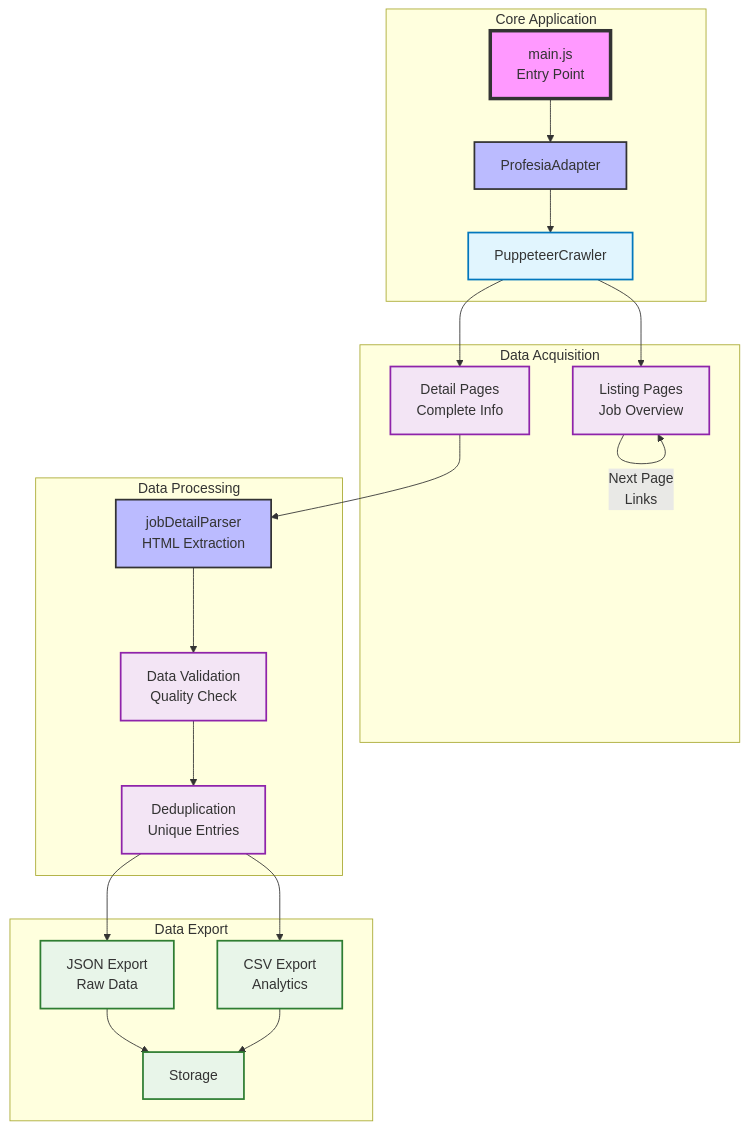
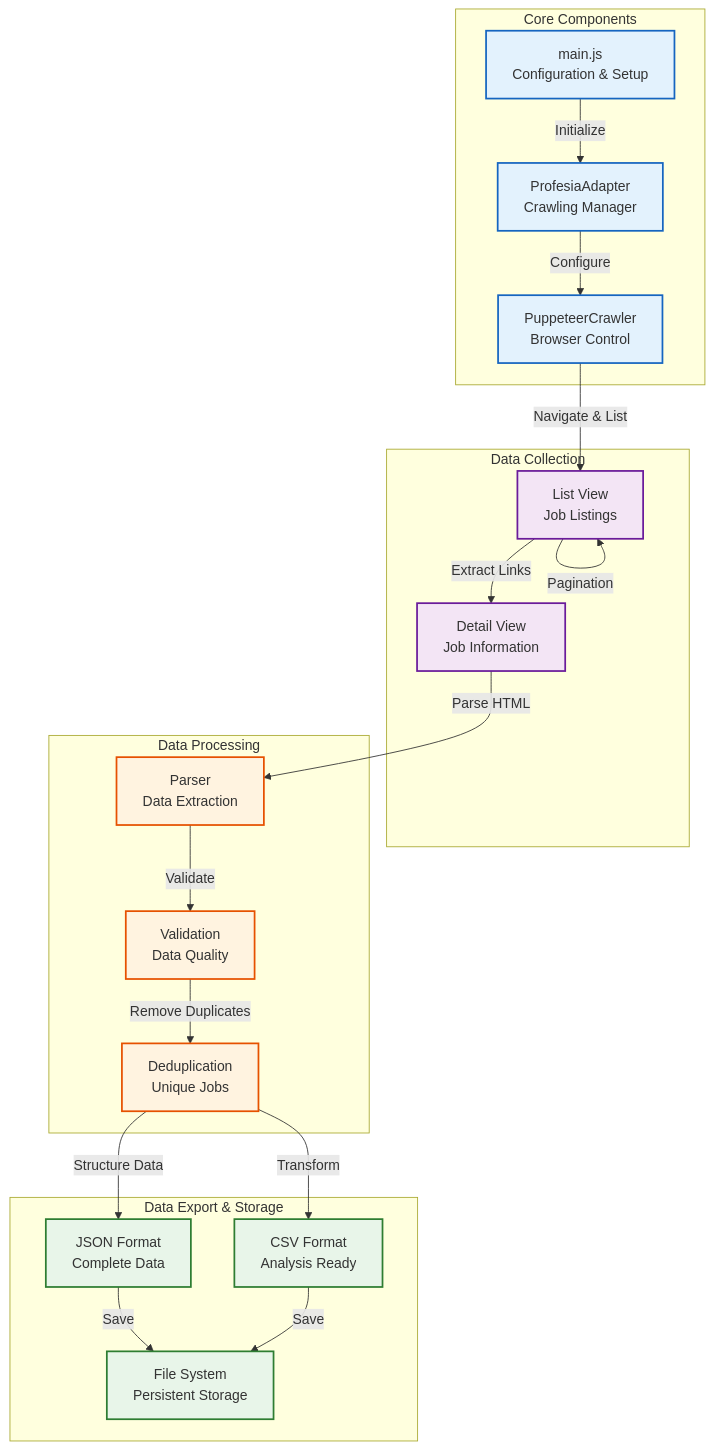
One commit to ITSsafer-DevOps/job-scraper-itssafer changed the first of 2 diagrams in README.md. Above: the diagram before and after it, drawn with Mermaid. The commit also changed other lines of this file and 2 other files, not shown here.

Commit message:
Update: Enhanced architecture diagrams and created new backup

````diff
--- a/README.md
+++ b/README.md
@@ -36,39 +36,35 @@
 ```mermaid
 graph TD
-    subgraph Core ["Core Application"]
-        A[main.js<br/>Entry Point] --> B[ProfesiaAdapter]
-        B --> C[PuppeteerCrawler]
+    subgraph Core ["Core Components"]
+        A[main.js<br/>Configuration & Setup] --> |Initialize| B[ProfesiaAdapter<br/>Crawling Manager]
+        B --> |Configure| C[PuppeteerCrawler<br/>Browser Control]
     end
     
-    subgraph Crawling ["Data Acquisition"]
-        C --> D[Listing Pages<br/>Job Overview]
-        C --> E[Detail Pages<br/>Complete Info]
-        D --> |Next Page<br/>Links| D
+    subgraph Data ["Data Collection"]
+        C --> |Navigate & List| D[List View<br/>Job Listings]
+        D --> |Extract Links| E[Detail View<br/>Job Information]
+        D --> |Pagination| D
     end
     
-    subgraph Processing ["Data Processing"]
-        E --> F[jobDetailParser<br/>HTML Extraction]
-        F --> G[Data Validation<br/>Quality Check]
-        G --> H[Deduplication<br/>Unique Entries]
+    subgraph Transform ["Data Processing"]
+        E --> |Parse HTML| F[Parser<br/>Data Extraction]
+        F --> |Validate| G[Validation<br/>Data Quality]
+        G --> |Remove Duplicates| H[Deduplication<br/>Unique Jobs]
     end
     
-    subgraph Export ["Data Export"]
-        H --> I[JSON Export<br/>Raw Data]
-        H --> J[CSV Export<br/>Analytics]
-        I --> K[Storage]
-        J --> K[Storage]
+    subgraph Storage ["Data Export & Storage"]
+        H --> |Structure Data| I[JSON Format<br/>Complete Data]
+        H --> |Transform| J[CSV Format<br/>Analysis Ready]
+        I & J --> |Save| K[File System<br/>Persistent Storage]
     end
     
-    style A fill:#f9f,stroke:#333,stroke-width:4px
-    style B fill:#bbf,stroke:#333,stroke-width:2px
-    style F fill:#bbf,stroke:#333,stroke-width:2px
-    
-    classDef default fill:#f9f9f9,stroke:#333,stroke-width:1px
-    classDef core fill:#e1f5fe,stroke:#0277bd,stroke-width:2px
-    classDef process fill:#f3e5f5,stroke:#8e24aa,stroke-width:2px
-    classDef export fill:#e8f5e9,stroke:#2e7d32,stroke-width:2px
+    classDef core fill:#e3f2fd,stroke:#1565c0,stroke-width:2px
+    classDef data fill:#f3e5f5,stroke:#6a1b9a,stroke-width:2px
+    classDef transform fill:#fff3e0,stroke:#e65100,stroke-width:2px
+    classDef storage fill:#e8f5e9,stroke:#2e7d32,stroke-width:2px
     
     class A,B,C core
-    class D,E,F,G,H process
-    class I,J,K export
+    class D,E data
+    class F,G,H transform
+    class I,J,K storage
 ```
````
